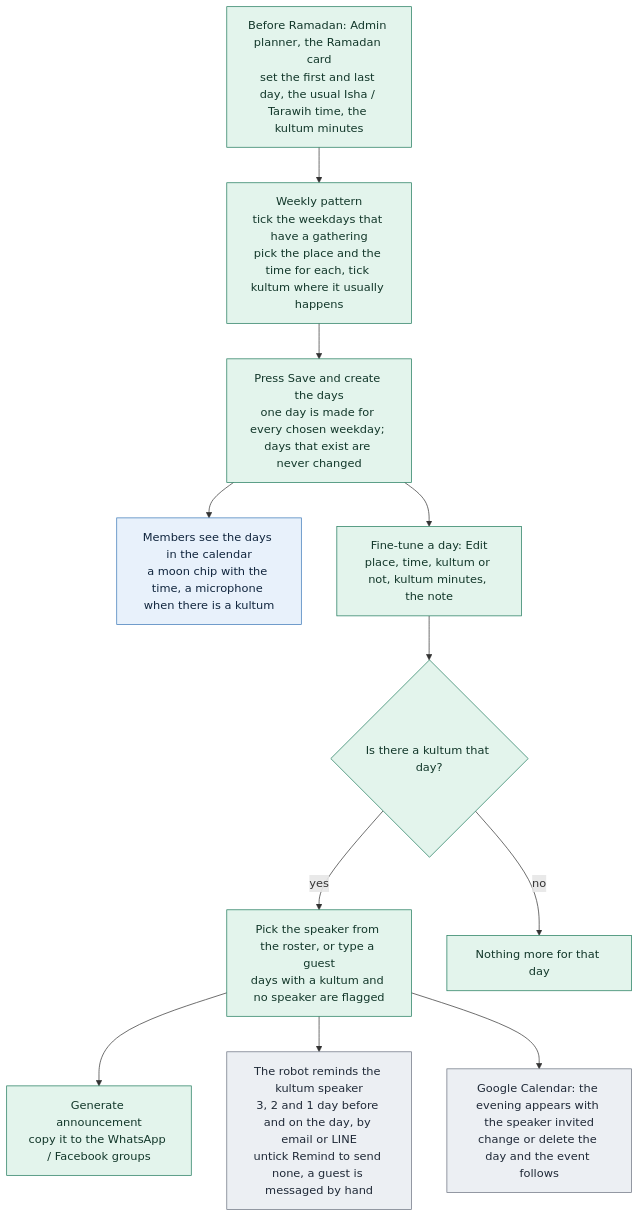
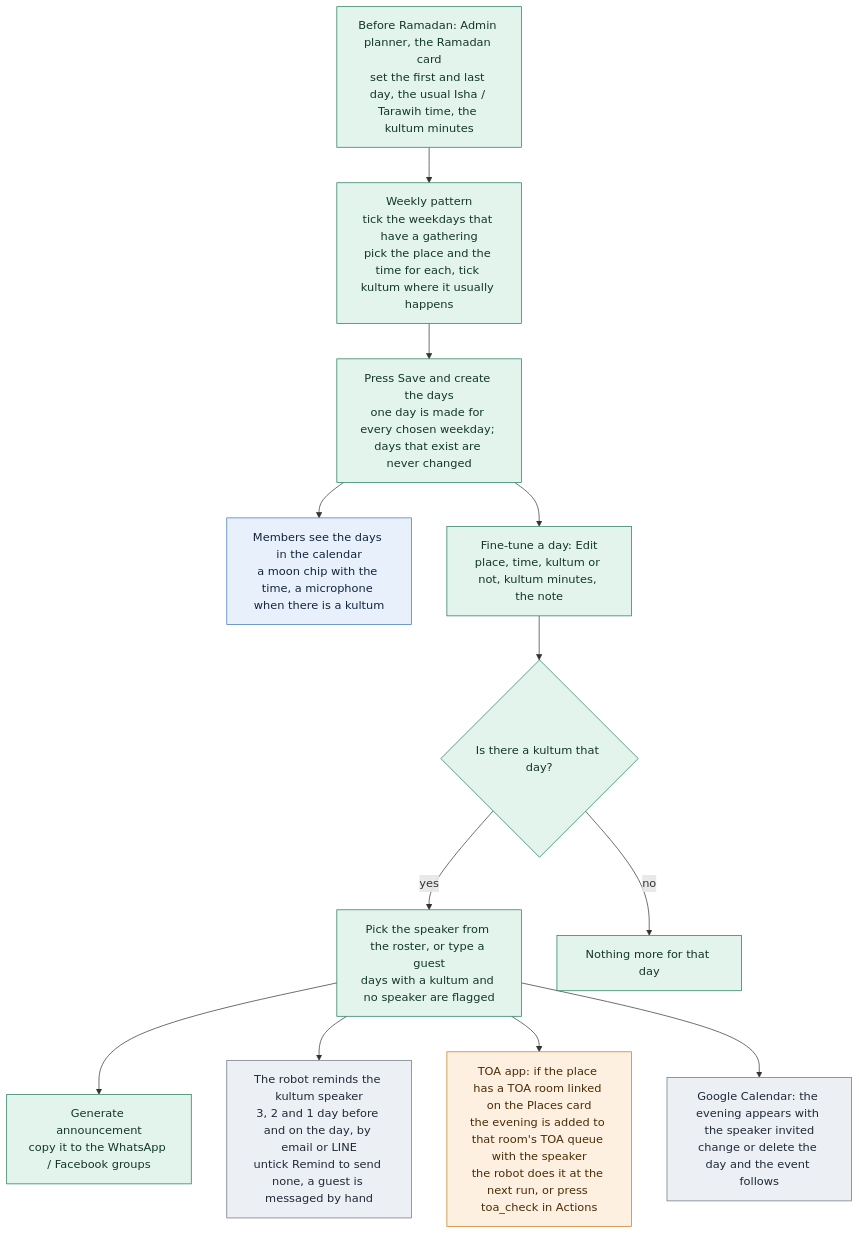
The diagram in public/flows/admin-ramadan.mmd (mushaffarasyidridha/Jumat-Scheduler-NAIST), drawn with Mermaid before and after one commit. The commit also changed 20 other files, not shown here.

First line of the commit message:
TOA: add Ramadan evenings to linked TOA room queues

```diff
--- a/public/flows/admin-ramadan.mmd
+++ b/public/flows/admin-ramadan.mmd
@@ -1,18 +1,21 @@
 flowchart TD
   A["Before Ramadan: Admin planner, the Ramadan card<br/>set the first and last day, the usual Isha / Tarawih time, the kultum minutes"] --> B["Weekly pattern<br/>tick the weekdays that have a gathering<br/>pick the place and the time for each, tick kultum where it usually happens"]
   B --> C["Press Save and create the days<br/>one day is made for every chosen weekday; days that exist are never changed"]
   C --> D["Members see the days in the calendar<br/>a moon chip with the time, a microphone when there is a kultum"]
   C --> E["Fine-tune a day: Edit<br/>place, time, kultum or not, kultum minutes, the note"]
   E --> F{"Is there a kultum that day?"}
   F -->|"yes"| G["Pick the speaker from the roster, or type a guest<br/>days with a kultum and no speaker are flagged"]
   F -->|"no"| H["Nothing more for that day"]
   G --> I["Generate announcement<br/>copy it to the WhatsApp / Facebook groups"]
   G --> J["The robot reminds the kultum speaker<br/>3, 2 and 1 day before and on the day, by email or LINE<br/>untick Remind to send none, a guest is messaged by hand"]
+  G --> L["TOA app: if the place has a TOA room linked on the Places card<br/>the evening is added to that room's TOA queue with the speaker<br/>the robot does it at the next run, or press toa_check in Actions"]
   G --> K["Google Calendar: the evening appears with the speaker invited<br/>change or delete the day and the event follows"]
 
   classDef member fill:#e8f1fb,stroke:#3b78b8,color:#10253d
   classDef admin fill:#e3f4ec,stroke:#1f7a5c,color:#12372a
+  classDef out fill:#fdf0e1,stroke:#c77b1c,color:#4a2b05
   classDef robot fill:#eceff3,stroke:#6b7280,color:#1f2937
   class A,B,C,E,F,G,H,I admin
   class J,K robot
+  class L out
   class D member
```
